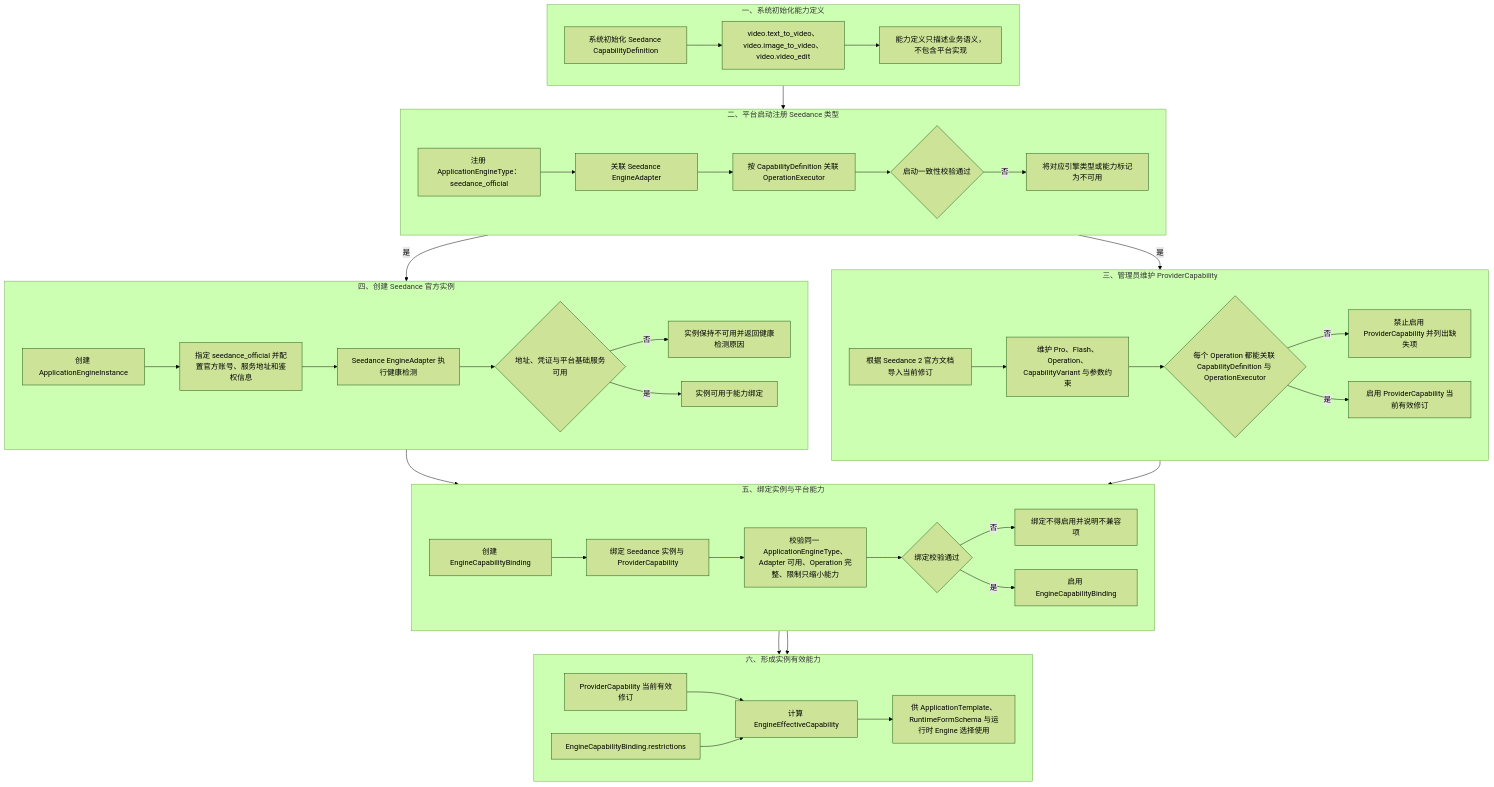
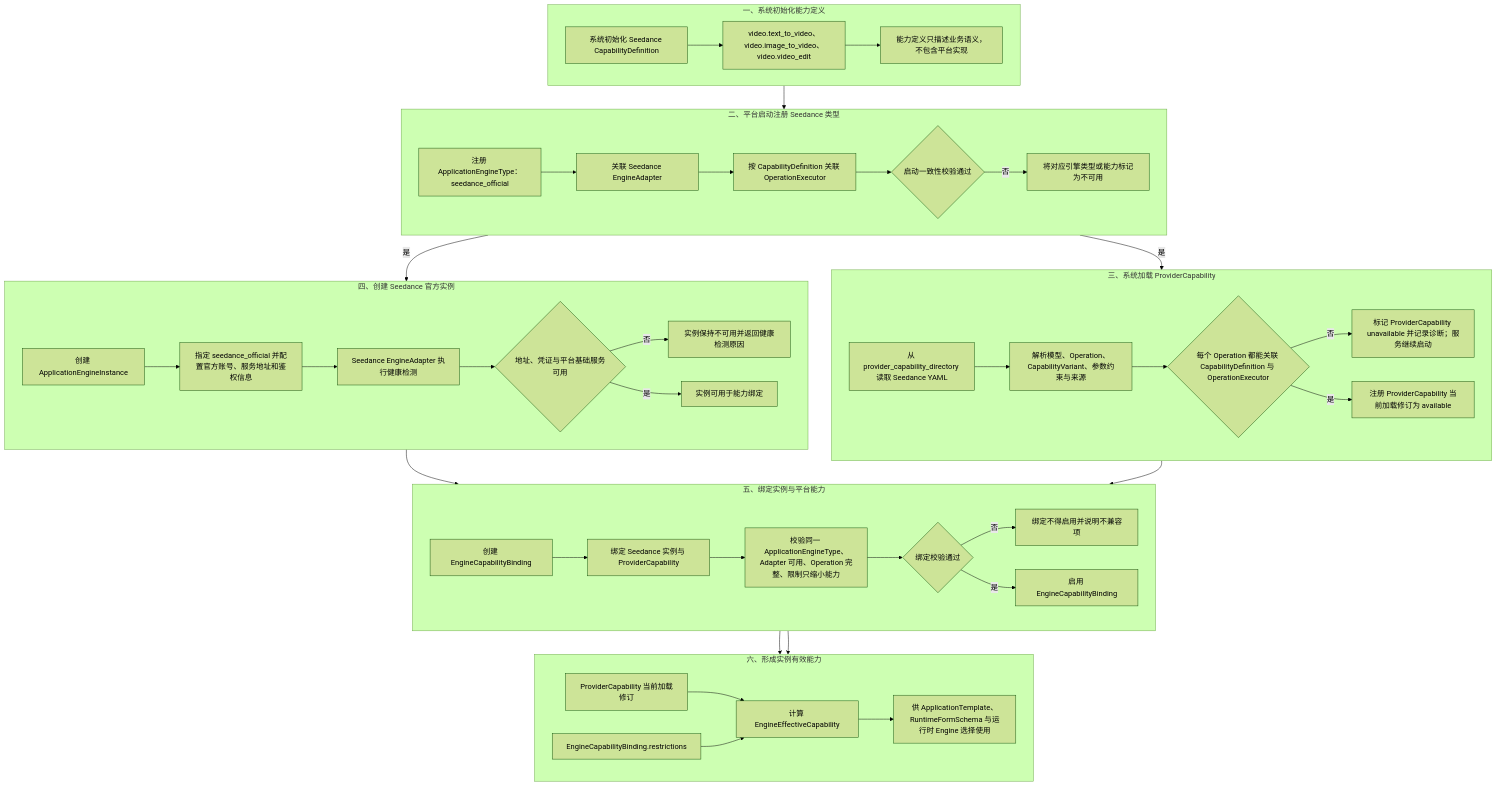
Before and after one commit to wangweihong/omnimam-spec: the third of 5 diagrams in 00_product/domains/application-platform/product-spec.md, drawn with Mermaid (forest theme). The commit also changed other lines of this file and 59 other files, not shown here.

````diff
--- a/00_product/domains/application-platform/product-spec.md
+++ b/00_product/domains/application-platform/product-spec.md
@@ -778,67 +811,67 @@
 ```mermaid
 flowchart TD
     subgraph INIT["一、系统初始化能力定义"]
         direction LR
 
         D1["系统初始化 Seedance CapabilityDefinition"] --> D2["video.text_to_video、video.image_to_video、video.video_edit"]
         D2 --> D3["能力定义只描述业务语义，不包含平台实现"]
     end
 
     subgraph REGISTER["二、平台启动注册 Seedance 类型"]
         direction LR
 
         E1["注册 ApplicationEngineType：seedance_official"] --> E2["关联 Seedance EngineAdapter"]
         E2 --> E3["按 CapabilityDefinition 关联 OperationExecutor"]
         E3 --> E4{"启动一致性校验通过"}
         E4 -->|"否"| EF["将对应引擎类型或能力标记为不可用"]
     end
 
     D3 --> E1
 
-    subgraph CAPABILITY["三、管理员维护 ProviderCapability"]
+    subgraph CAPABILITY["三、系统加载 ProviderCapability"]
         direction LR
 
-        P1["根据 Seedance 2 官方文档导入当前修订"] --> P2["维护 Pro、Flash、Operation、CapabilityVariant 与参数约束"]
+        P1["从 provider_capability_directory 读取 Seedance YAML"] --> P2["解析模型、Operation、CapabilityVariant、参数约束与来源"]
         P2 --> P3{"每个 Operation 都能关联 CapabilityDefinition 与 OperationExecutor"}
-        P3 -->|"否"| PF["禁止启用 ProviderCapability 并列出缺失项"]
-        P3 -->|"是"| P4["启用 ProviderCapability 当前有效修订"]
+        P3 -->|"否"| PF["标记 ProviderCapability unavailable 并记录诊断；服务继续启动"]
+        P3 -->|"是"| P4["注册 ProviderCapability 当前加载修订为 available"]
     end
 
     E4 -->|"是"| P1
 
     subgraph INSTANCE["四、创建 Seedance 官方实例"]
         direction LR
 
         I1["创建 ApplicationEngineInstance"] --> I2["指定 seedance_official 并配置官方账号、服务地址和鉴权信息"]
         I2 --> I3["Seedance EngineAdapter 执行健康检测"]
         I3 --> I4{"地址、凭证与平台基础服务可用"}
         I4 -->|"否"| IF["实例保持不可用并返回健康检测原因"]
         I4 -->|"是"| I5["实例可用于能力绑定"]
     end
 
     E4 -->|"是"| I1
 
     subgraph BINDING["五、绑定实例与平台能力"]
         direction LR
 
         B1["创建 EngineCapabilityBinding"] --> B2["绑定 Seedance 实例与 ProviderCapability"]
         B2 --> B5["校验同一 ApplicationEngineType、Adapter 可用、Operation 完整、限制只缩小能力"]
         B5 --> B3{"绑定校验通过"}
         B3 -->|"否"| BF["绑定不得启用并说明不兼容项"]
         B3 -->|"是"| B4["启用 EngineCapabilityBinding"]
     end
 
     I5 --> B1
     P4 --> B2
 
     subgraph EFFECTIVE["六、形成实例有效能力"]
         direction LR
 
-        R1["ProviderCapability 当前有效修订"] --> R3["计算 EngineEffectiveCapability"]
+        R1["ProviderCapability 当前加载修订"] --> R3["计算 EngineEffectiveCapability"]
         R2["EngineCapabilityBinding.restrictions"] --> R3
         R3 --> R4["供 ApplicationTemplate、RuntimeFormSchema 与运行时 Engine 选择使用"]
     end
 
     B4 --> R1
     B4 --> R2
 ```
````
